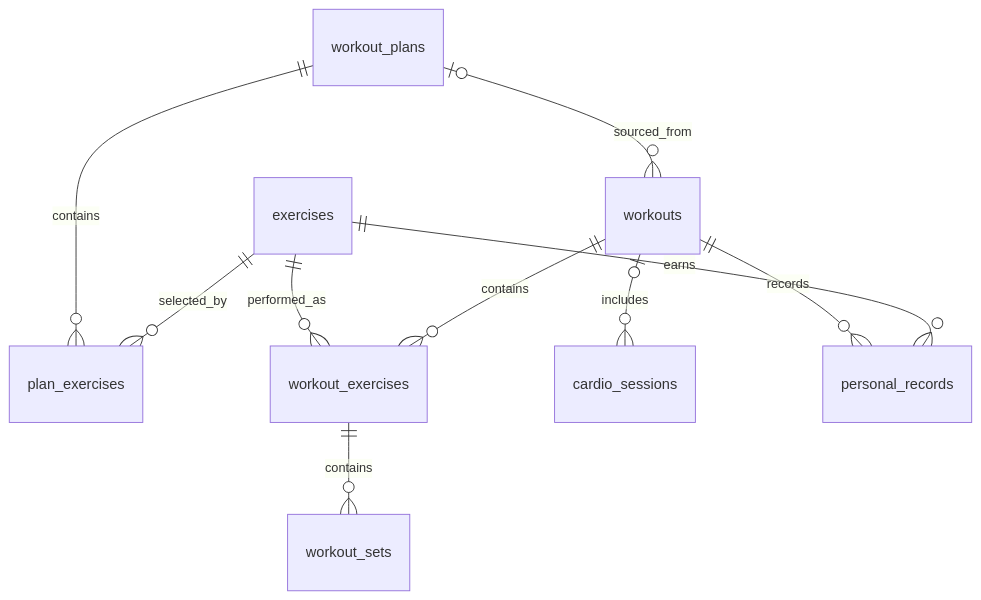
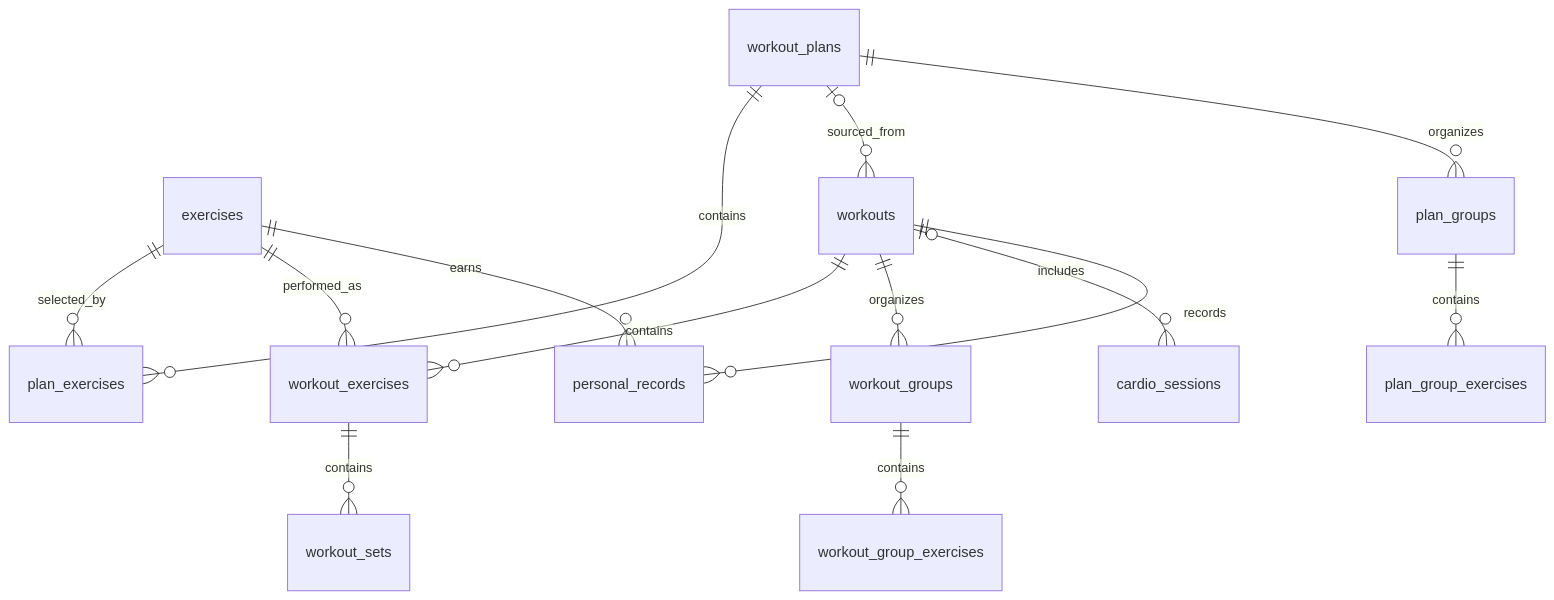
The diagram in docs/DATABASE.md (shivaprasadny/liftdg), drawn with Mermaid before and after one commit. The commit also changed other lines of this file and 155 other files, not shown here.

````diff
--- a/docs/DATABASE.md
+++ b/docs/DATABASE.md
@@ -7,12 +7,16 @@
 ```mermaid
 erDiagram
   exercises ||--o{ plan_exercises : selected_by
   workout_plans ||--o{ plan_exercises : contains
   workout_plans |o--o{ workouts : sourced_from
   workouts ||--o{ workout_exercises : contains
   exercises ||--o{ workout_exercises : performed_as
   workout_exercises ||--o{ workout_sets : contains
+  workouts ||--o{ workout_groups : organizes
+  workout_groups ||--o{ workout_group_exercises : contains
+  workout_plans ||--o{ plan_groups : organizes
+  plan_groups ||--o{ plan_group_exercises : contains
   workouts |o--o{ cardio_sessions : includes
   exercises ||--o{ personal_records : earns
   workouts ||--o{ personal_records : records
 ```
````
